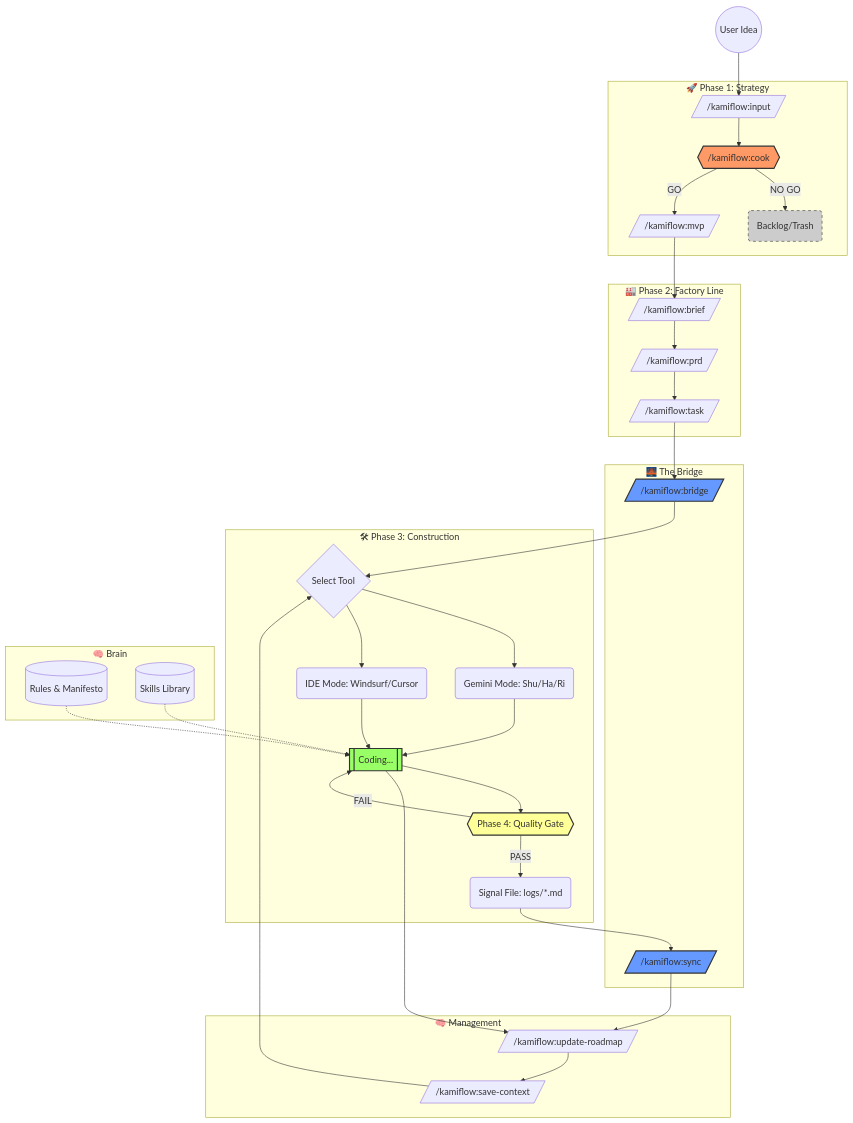
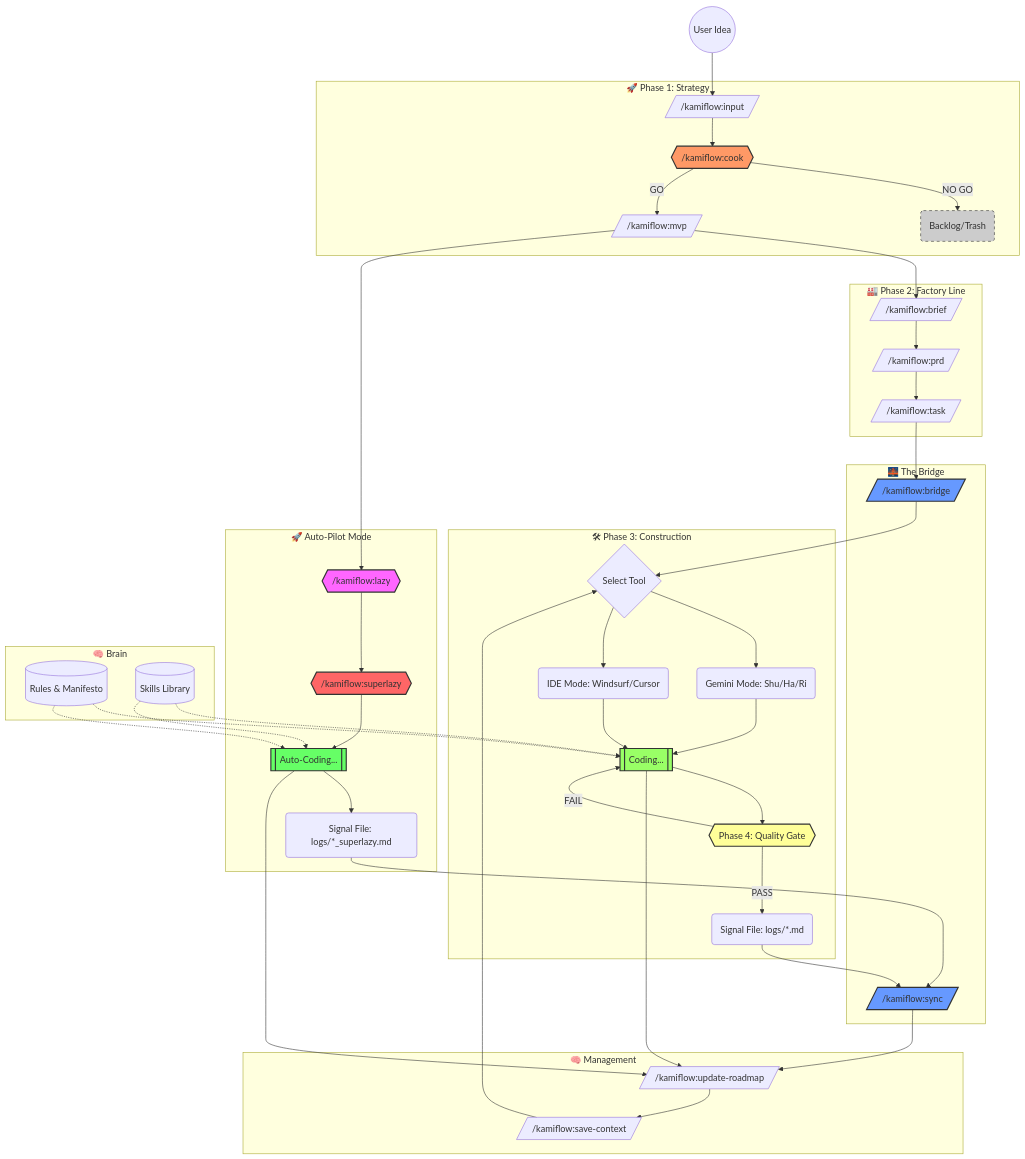
The diagram in docs/KAMIFLOW_OVERVIEW.md (kamishino/gemini-cli-workflow), drawn with Mermaid before and after one commit. The commit also changed other lines of this file and 5 other files, not shown here.

Commit message:
feat(autopilot): implement lazy and superlazy modes for automated development

````diff
--- a/docs/KAMIFLOW_OVERVIEW.md
+++ b/docs/KAMIFLOW_OVERVIEW.md
@@ -37,6 +37,13 @@
         LogFile(Signal File: logs/*.md)
     end
     
+    subgraph Autopilot_Phase [🚀 Auto-Pilot Mode]
+        Lazy{{"/kamiflow:lazy"}}
+        SuperLazy{{"/kamiflow:superlazy"}}
+        AutoCode[[Auto-Coding...]]
+        AutoLog(Signal File: logs/*_superlazy.md)
+    end
+    
     subgraph Knowledge_Base [🧠 Brain]
         Rules[(Rules & Manifesto)]
         Skills[(Skills Library)]
@@ -52,10 +59,18 @@
     Input --> Cook
     Cook -- NO GO --> Trash
     Cook -- GO --> MVP
+    
+    %% Traditional Path
     MVP --> Brief
     Brief --> PRD
     PRD --> Tasks
     Tasks --> Handoff
+    
+    %% Auto-Pilot Path
+    MVP --> Lazy
+    Lazy --> SuperLazy
+    SuperLazy --> AutoCode
+    AutoCode --> AutoLog
     
     Handoff --> Mode
     Mode --> GeminiMode
@@ -69,11 +84,15 @@
     QualityGate -- FAIL --> Code
     
     LogFile --> Sync
+    AutoLog --> Sync
     
     Rules -.-> Code
     Skills -.-> Code
+    Rules -.-> AutoCode
+    Skills -.-> AutoCode
     
     Code --> Roadmap
+    AutoCode --> Roadmap
     Sync --> Roadmap
     Roadmap --> Save
     Save --> Mode
@@ -85,4 +104,7 @@
     style QualityGate fill:#ff9,stroke:#333,stroke-width:2px
     style Handoff fill:#69f,stroke:#333,stroke-width:2px
     style Sync fill:#69f,stroke:#333,stroke-width:2px
+    style Lazy fill:#f6f,stroke:#333,stroke-width:2px
+    style SuperLazy fill:#f66,stroke:#333,stroke-width:2px
+    style AutoCode fill:#6f6,stroke:#333,stroke-width:2px
 ```
````
